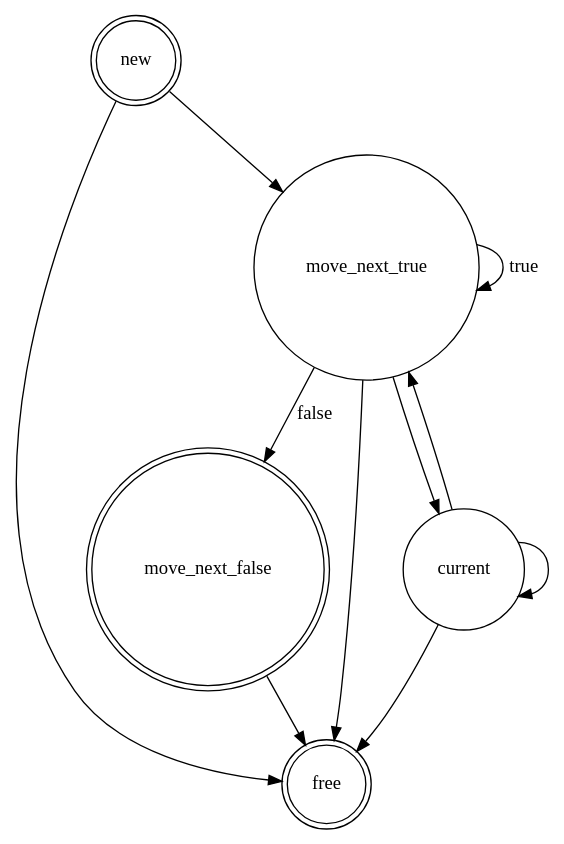
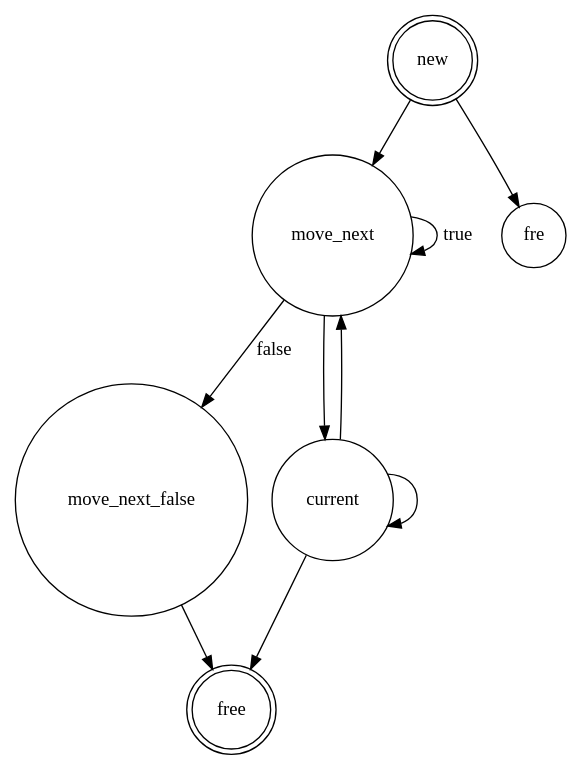
The diagram in src/util/iterator.dot (bdkoepke/alib), drawn with Graphviz before and after one commit. The commit also changed 13 other files, not shown here.

Commit message:
renamed sparse_array to sparse_vector, finished graphviz diagrams for current state machines

```diff
--- a/src/util/iterator.dot
+++ b/src/util/iterator.dot
@@ -1,12 +1,16 @@
 digraph iterator {
-  node[shape = doublecircle];
-  new, move_next_false, free;
+  node[shape = doublecircle] new, free;
   node[shape = circle];
-  new->move_next_true->free;
-  new->free;
-  move_next_true->move_next_true[label = "true"];
-  move_next_true->current->current->move_next_true;
-  move_next_true->move_next_false[label = "false"];
+  new->move_next;
+	new->fre;
+
+  move_next->move_next[label = "true"];
+  move_next->move_next_false[label = "false"];
+	move_next->current;
+
   move_next_false->free;
+
   current->free;
+	current->current;
+	current->move_next;
 }
```
